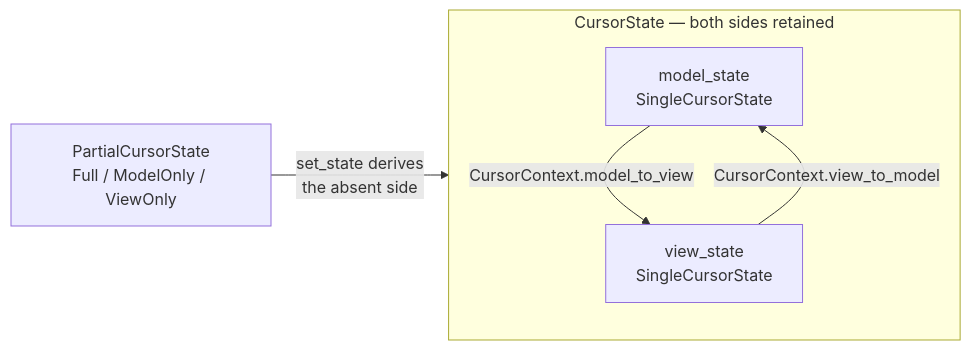
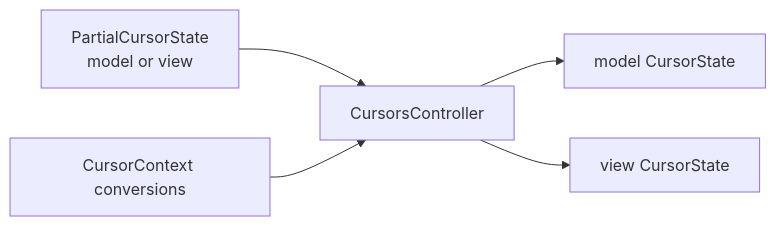
One commit to moonbitlang/editor changed the diagram in viewer/common/cursor/README.mbt.md. Above: the diagram before and after it, drawn with Mermaid. The commit also changed other lines of this file and 270 other files, not shown here.

````diff
--- a/viewer/common/cursor/README.mbt.md
+++ b/viewer/common/cursor/README.mbt.md
@@ -10,10 +9,7 @@
 ```mermaid
 flowchart LR
-  subgraph CS["CursorState — both sides retained"]
-    MS["model_state<br>SingleCursorState"]
-    VS["view_state<br>SingleCursorState"]
-  end
-  MS -->|"CursorContext.model_to_view"| VS
-  VS -->|"CursorContext.view_to_model"| MS
-  P["PartialCursorState<br>Full / ModelOnly / ViewOnly"] -->|"set_state derives<br>the absent side"| CS
+  P["PartialCursorState<br>model or view"] --> C["CursorsController"]
+  C --> M["model CursorState"]
+  C --> V["view CursorState"]
+  X["CursorContext conversions"] --> C
 ```
````
